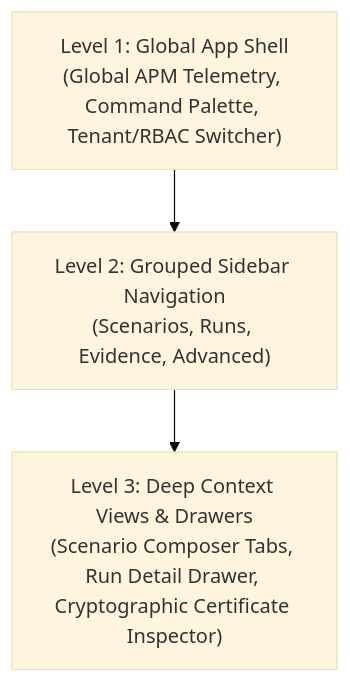
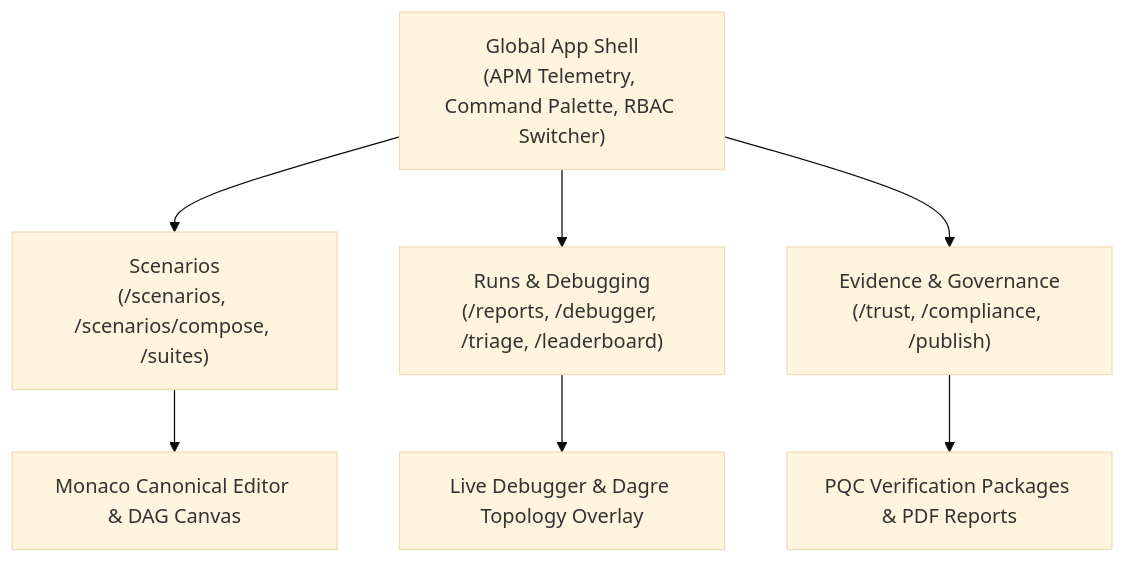
Before and after one commit to najeed/ai-agent-eval-harness: the first of 4 diagrams in docs/src/content/docs/evaluator/visual-suite.md, drawn with Mermaid (base theme). The commit also changed other lines of this file and 107 other files, not shown here.

````diff
--- a/docs/src/content/docs/evaluator/visual-suite.md
+++ b/docs/src/content/docs/evaluator/visual-suite.md
@@ -15,6 +19,11 @@
 ```mermaid
 graph TD
-    A["Level 1: Global App Shell<br/>(Global APM Telemetry, Command Palette, Tenant/RBAC Switcher)"]
-    A --> B["Level 2: Grouped Sidebar Navigation<br/>(Scenarios, Runs, Evidence, Advanced)"]
-    B --> C["Level 3: Deep Context Views & Drawers<br/>(Scenario Composer Tabs, Run Detail Drawer, Cryptographic Certificate Inspector)"]
+    A["Global App Shell<br/>(APM Telemetry, Command Palette, RBAC Switcher)"]
+    A --> B1["Scenarios<br/>(/scenarios, /scenarios/compose, /suites)"]
+    A --> B2["Runs & Debugging<br/>(/reports, /debugger, /triage, /leaderboard)"]
+    A --> B3["Evidence & Governance<br/>(/trust, /compliance, /publish)"]
+    
+    B1 --> C1["Monaco Canonical Editor & DAG Canvas"]
+    B2 --> C2["Live Debugger & Dagre Topology Overlay"]
+    B3 --> C3["PQC Verification Packages & PDF Reports"]
 ```
````
